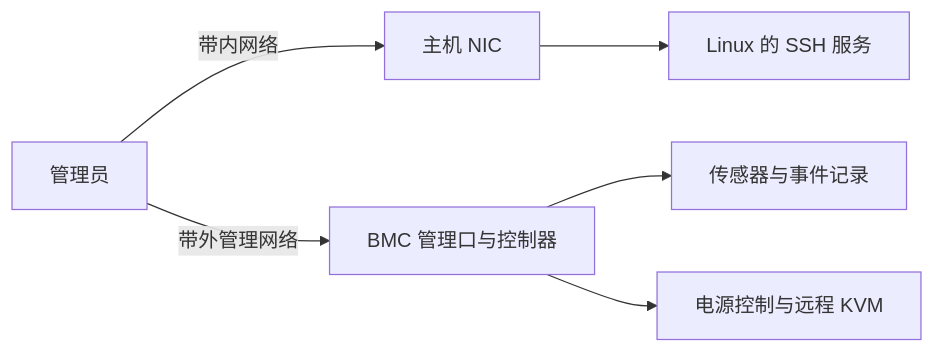
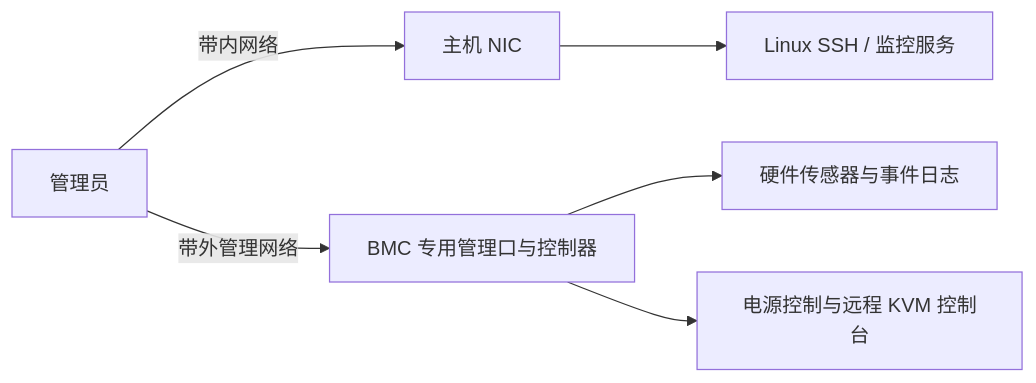
One commit to realtyz/ops-manual changed the diagram in AI-Infra/01_从一台GPU服务器认识基础设施/04_带内管理、BMC 带外管理与机架运行条件.md. Above: the diagram before and after it, drawn with Mermaid. The commit also changed other lines of this file and 194 other files, not shown here.

````diff
--- a/AI-Infra/01_从一台GPU服务器认识基础设施/04_带内管理、BMC 带外管理与机架运行条件.md
+++ b/AI-Infra/01_从一台GPU服务器认识基础设施/04_带内管理、BMC 带外管理与机架运行条件.md
@@ -10,7 +15,8 @@
 ```mermaid
 flowchart LR
-    A["管理员"] -->|带内网络| N["主机 NIC"] --> OS["Linux 的 SSH 服务"]
-    A -->|带外管理网络| B["BMC 管理口与控制器"]
-    B --> S["传感器与事件记录"]
-    B --> K["电源控制与远程 KVM"]
+    accDescr: 管理员分别通过两条独立路径访问服务器：上方带内网络经主机 NIC 到达 Linux SSH 服务；下方带外管理网络经专用管理口到达 BMC 控制器，连接传感器事件日志与电源控制/远程 KVM。
+    A["管理员"] -->|带内网络| N["主机 NIC"] --> OS["Linux SSH / 监控服务"]
+    A -->|带外管理网络| B["BMC 专用管理口与控制器"]
+    B --> S["硬件传感器与事件日志"]
+    B --> K["电源控制与远程 KVM 控制台"]
 ```
````
